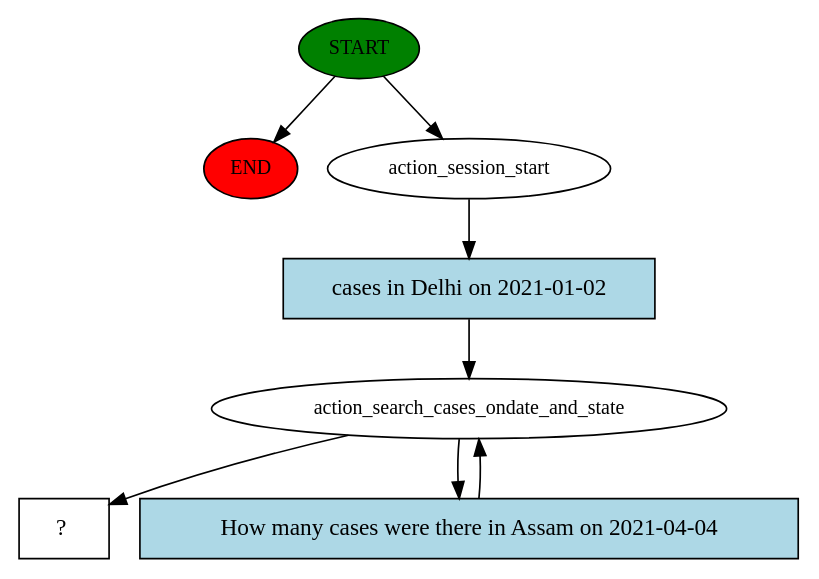
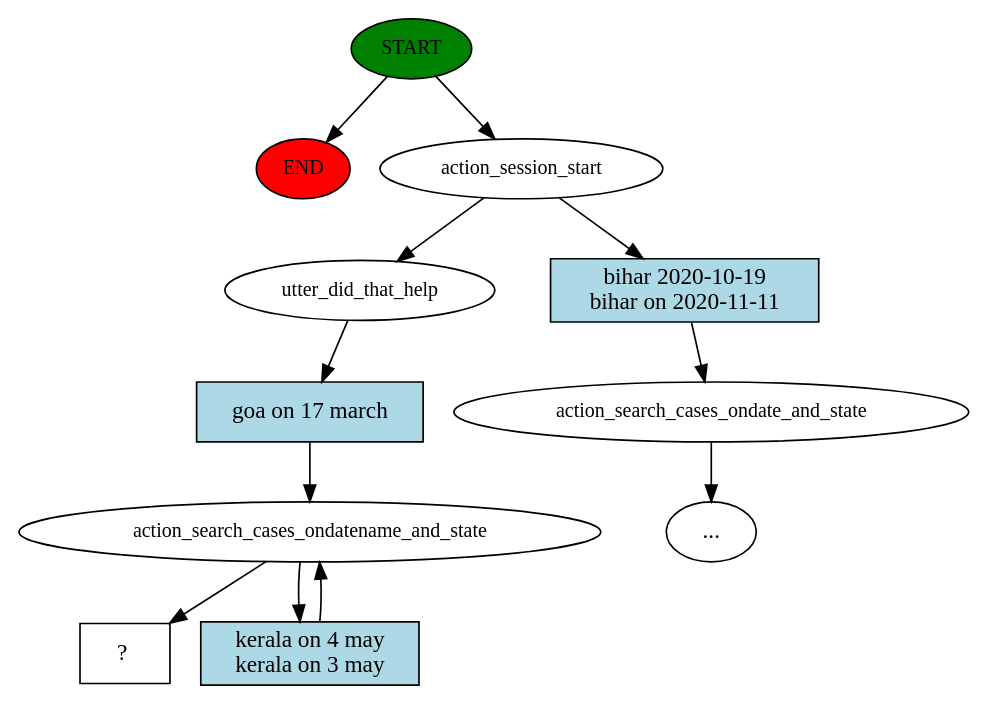
One commit to Anubhav1610/Rasa changed the diagram in story_graph.dot. Above: the diagram before and after it, drawn with Graphviz. The commit also changed 1 other file, not shown here.

```diff
--- a/story_graph.dot
+++ b/story_graph.dot
@@ -1,16 +1,24 @@
 digraph  {
 0 [class="start active", fillcolor=green, fontsize=12, label=START, style=filled];
 "-1" [class=end, fillcolor=red, fontsize=12, label=END, style=filled];
 1 [class=active, fontsize=12, label=action_session_start];
-2 [class=active, fontsize=12, label=action_search_cases_ondate_and_state];
-4 [class="intent dashed active", label="  ?  ", shape=rect];
-5 [class="intent active", fillcolor=lightblue, label="cases in Delhi on 2021-01-02", shape=rect, style=filled];
-6 [class="intent active", fillcolor=lightblue, label="How many cases were there in Assam on 2021-04-04", shape=rect, style=filled];
+2 [class="", fontsize=12, label=action_search_cases_ondate_and_state];
+"-3" [class=ellipsis, label="..."];
+4 [class=active, fontsize=12, label=utter_did_that_help];
+5 [class=active, fontsize=12, label=action_search_cases_ondatename_and_state];
+7 [class="intent dashed active", label="  ?  ", shape=rect];
+8 [class=intent, fillcolor=lightblue, label="bihar 2020-10-19\nbihar on 2020-11-11", shape=rect, style=filled];
+9 [class="intent active", fillcolor=lightblue, label="goa on 17 march", shape=rect, style=filled];
+10 [class="intent active", fillcolor=lightblue, label="kerala on 4 may\nkerala on 3 may", shape=rect, style=filled];
 0 -> "-1"  [class="", key=NONE, label=""];
 0 -> 1  [class=active, key=NONE, label=""];
-1 -> 5  [class=active, key=0];
-2 -> 4  [class=active, key=NONE, label=""];
-2 -> 6  [class=active, key=0];
-5 -> 2  [class=active, key=0];
-6 -> 2  [class=active, key=0];
+1 -> 4  [class=active, key=NONE, label=""];
+1 -> 8  [class="", key=0];
+2 -> "-3"  [class="", key=NONE, label=""];
+4 -> 9  [class=active, key=0];
+5 -> 7  [class=active, key=NONE, label=""];
+5 -> 10  [class=active, key=0];
+8 -> 2  [class="", key=0];
+9 -> 5  [class=active, key=0];
+10 -> 5  [class=active, key=0];
 }
```
